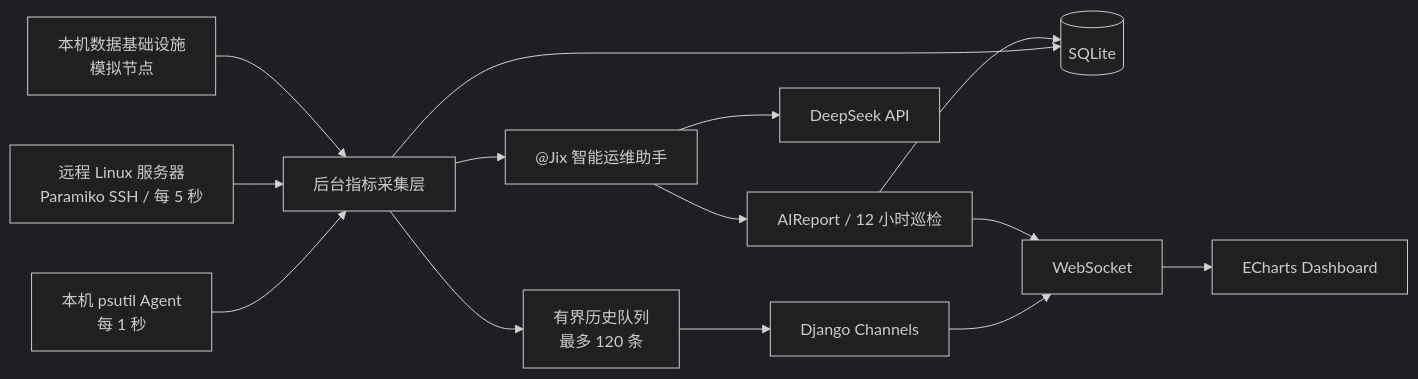
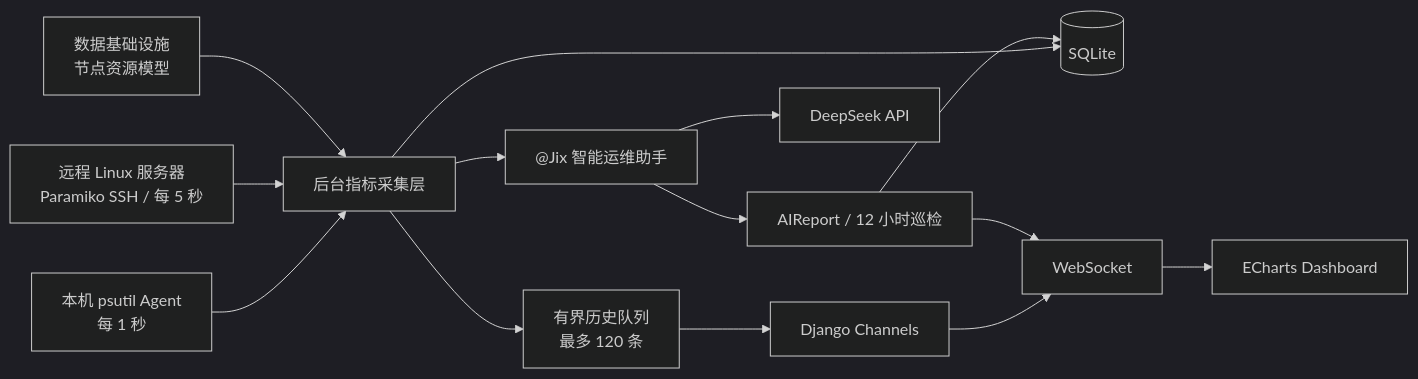
Before and after one commit to JiXiner/flinkAgentMonitoring: the diagram in README.md, drawn with Mermaid (dark theme). The commit also changed other lines of this file, not shown here.

````diff
--- a/README.md
+++ b/README.md
@@ -27,18 +27,18 @@
 ```mermaid
 flowchart LR
     Local["本机 psutil Agent<br/>每 1 秒"] --> Collector["后台指标采集层"]
     Remote["远程 Linux 服务器<br/>Paramiko SSH / 每 5 秒"] --> Collector
-    Simulated["本机数据基础设施<br/>模拟节点"] --> Collector
+    Builtin["数据基础设施<br/>节点资源模型"] --> Collector
 
     Collector --> Buffer["有界历史队列<br/>最多 120 条"]
     Collector --> Database[("SQLite")]
     Buffer --> Channels["Django Channels"]
     Channels --> WebSocket["WebSocket"]
     WebSocket --> Dashboard["ECharts Dashboard"]
 
     Collector --> Jix["@Jix 智能运维助手"]
     Jix --> DeepSeek["DeepSeek API"]
     Jix --> Report["AIReport / 12 小时巡检"]
     Report --> Database
     Report --> WebSocket
 ```
````
